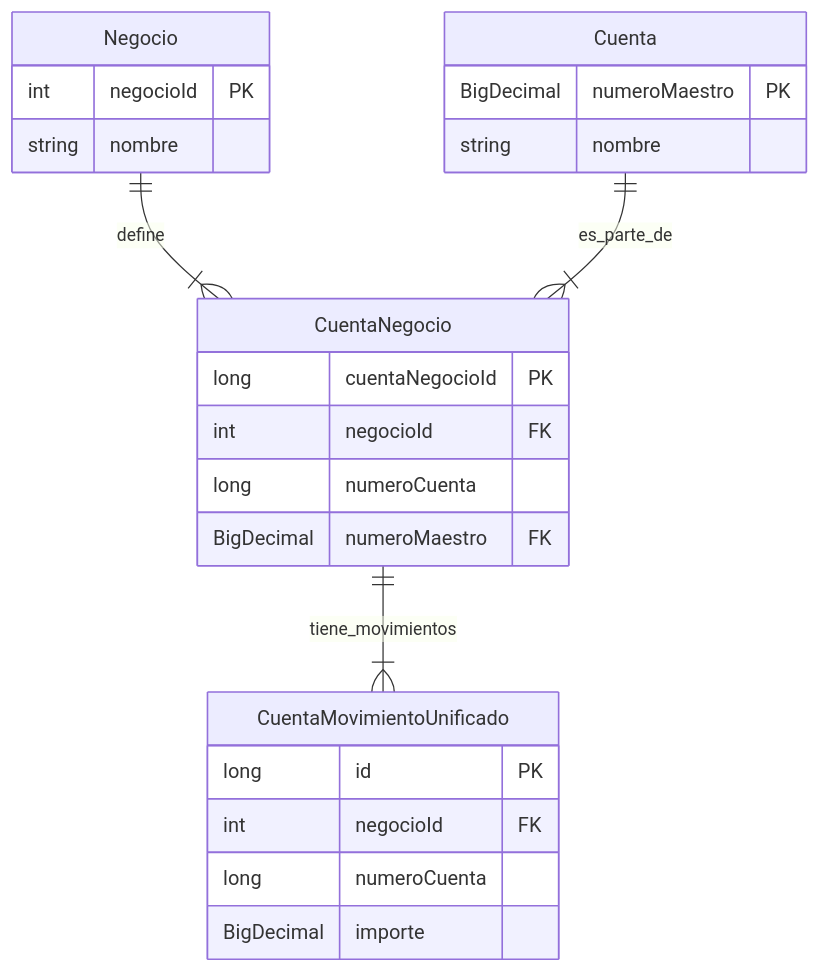
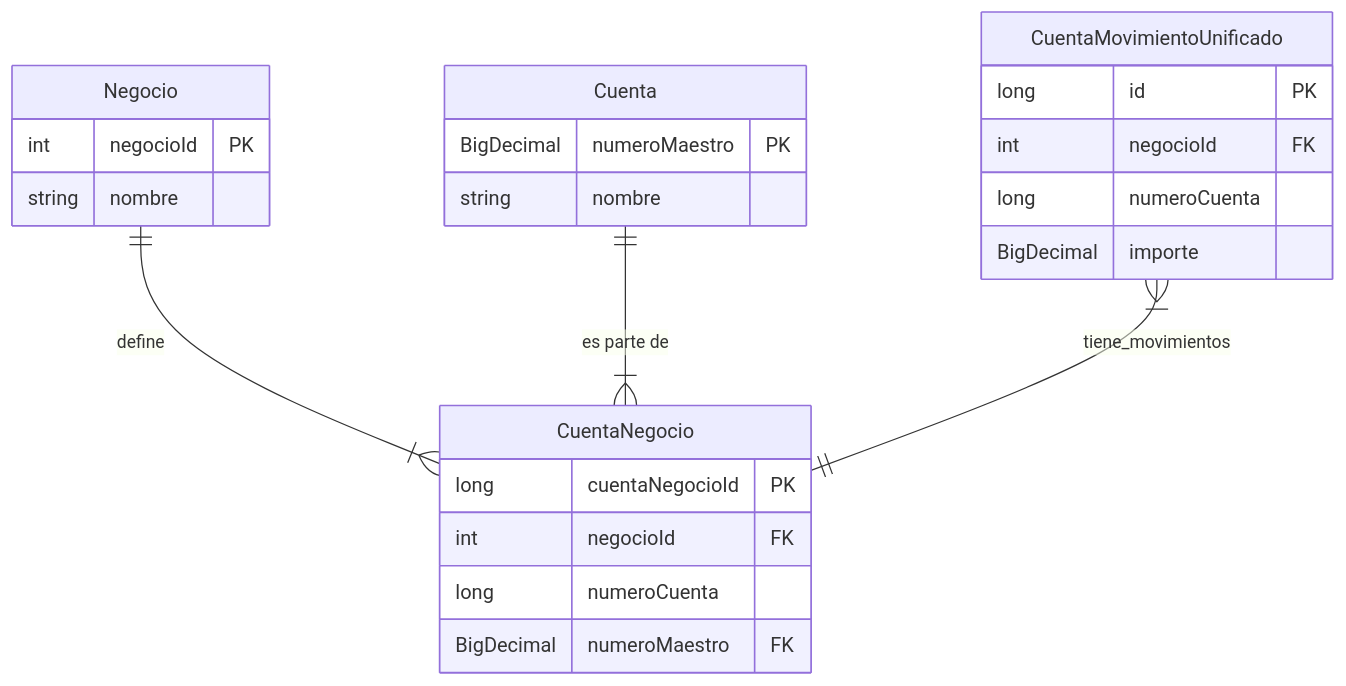
The diagram in docs/diagrams/mermaid/erd-unificado.mmd (ETEREA-services/UNIFICADO.core-service), drawn with Mermaid before and after one commit. The commit also changed 2 other files, not shown here.

Commit message:
fix(docs): ajustes manuales en sintaxis Mermaid para compatibilidad con GitHub Pages

```diff
--- a/docs/diagrams/mermaid/erd-unificado.mmd
+++ b/docs/diagrams/mermaid/erd-unificado.mmd
@@ -1,28 +1,28 @@
 erDiagram
     Negocio {
         int negocioId PK
         string nombre
     }
 
     Cuenta {
         BigDecimal numeroMaestro PK
         string nombre
     }
 
     CuentaNegocio {
         long cuentaNegocioId PK
         int negocioId FK
         long numeroCuenta
         BigDecimal numeroMaestro FK
     }
 
     CuentaMovimientoUnificado {
         long id PK
         int negocioId FK
         long numeroCuenta
         BigDecimal importe
     }
 
-    Negocio ||--|{ CuentaNegocio : define
-    Cuenta ||--|{ CuentaNegocio : es_parte_de
-    CuentaNegocio ||--|{ CuentaMovimientoUnificado : tiene_movimientos
+    Negocio ||--|{ CuentaNegocio : "define"
+    Cuenta ||--|{ CuentaNegocio : "es parte de"
+    CuentaMovimientoUnificado }|--|| CuentaNegocio : "tiene_movimientos"
```
